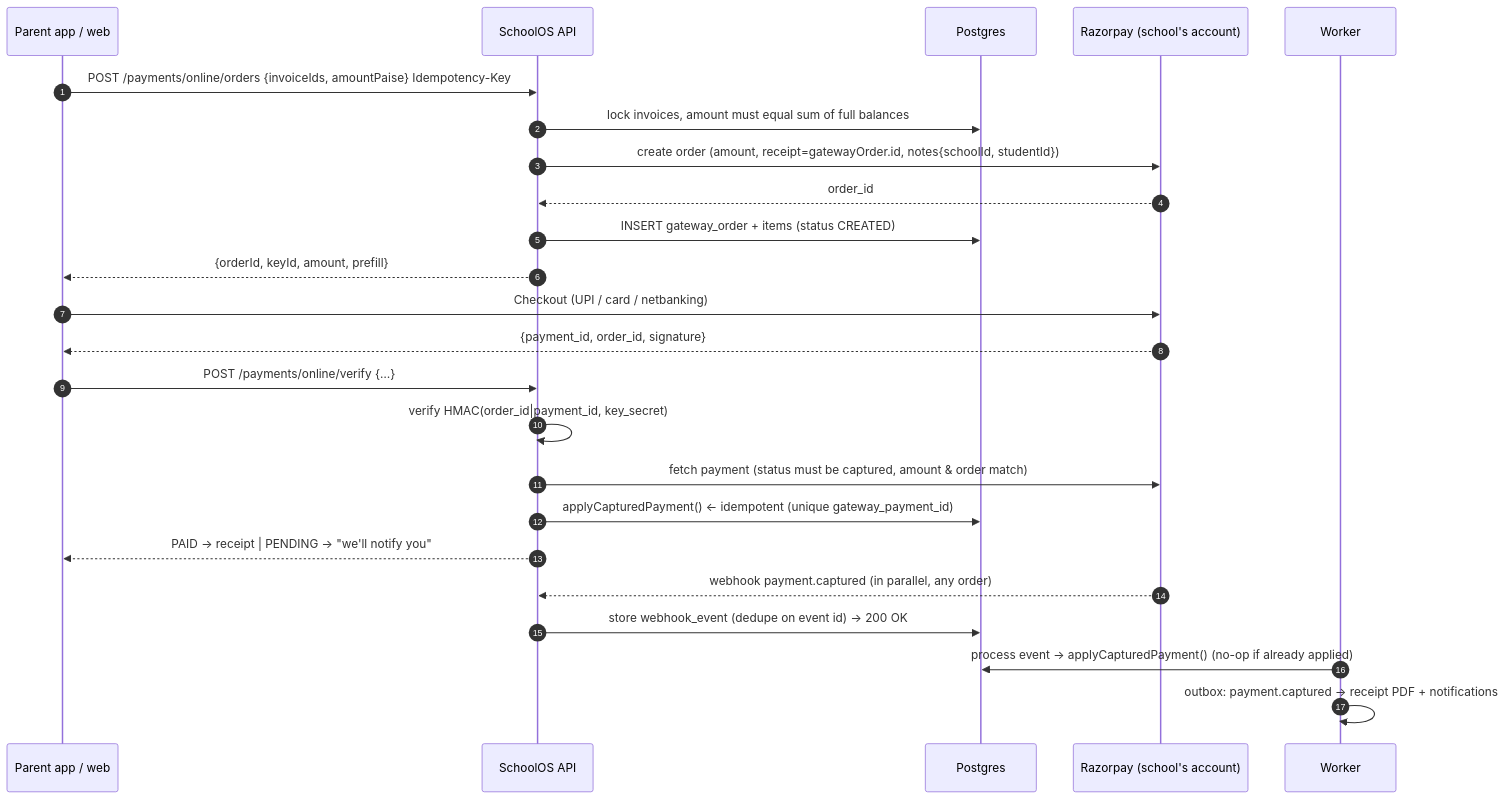
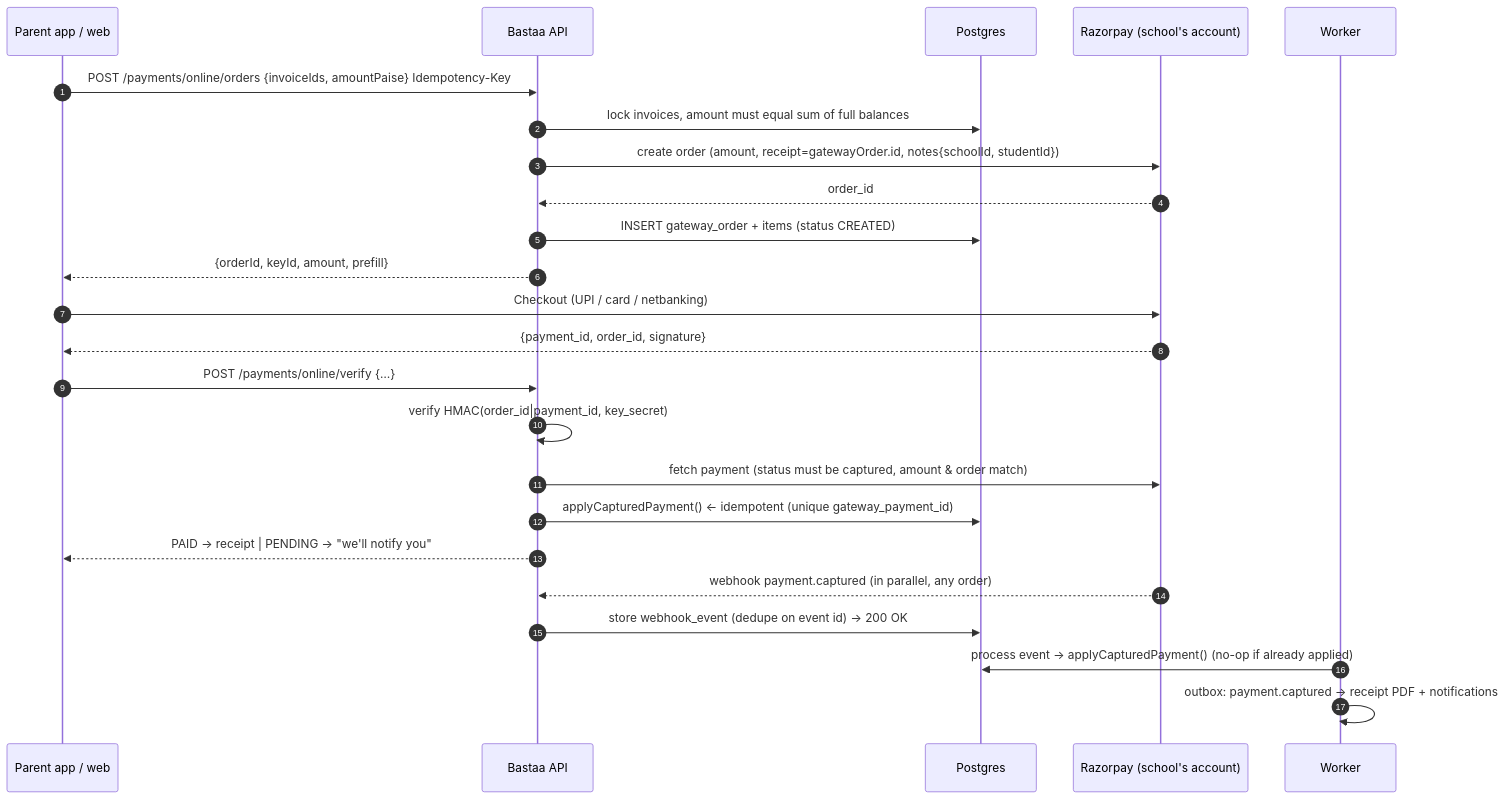
Before and after one commit to manashsingh52/School_ERP: the diagram in docs/11-payments.md, drawn with Mermaid. The commit also changed other lines of this file and 114 other files, not shown here.

````diff
--- a/docs/11-payments.md
+++ b/docs/11-payments.md
@@ -35,27 +35,27 @@
 ```mermaid
 sequenceDiagram
   autonumber
   participant P as Parent app / web
-  participant API as SchoolOS API
+  participant API as Bastaa API
   participant DB as Postgres
   participant RZ as Razorpay (school's account)
   participant W as Worker
 
   P->>API: POST /payments/online/orders {invoiceIds, amountPaise}  Idempotency-Key
   API->>DB: lock invoices, amount must equal sum of full balances
   API->>RZ: create order (amount, receipt=gatewayOrder.id, notes{schoolId, studentId})
   RZ-->>API: order_id
   API->>DB: INSERT gateway_order + items (status CREATED)
   API-->>P: {orderId, keyId, amount, prefill}
   P->>RZ: Checkout (UPI / card / netbanking)
   RZ-->>P: {payment_id, order_id, signature}
   P->>API: POST /payments/online/verify {…}
   API->>API: verify HMAC(order_id|payment_id, key_secret)
   API->>RZ: fetch payment (status must be captured, amount & order match)
   API->>DB: applyCapturedPayment()  ← idempotent (unique gateway_payment_id)
   API-->>P: PAID → receipt  |  PENDING → "we'll notify you"
   RZ-->>API: webhook payment.captured (in parallel, any order)
   API->>DB: store webhook_event (dedupe on event id) → 200 OK
   W->>DB: process event → applyCapturedPayment() (no-op if already applied)
   W->>W: outbox: payment.captured → receipt PDF + notifications
 ```
````
